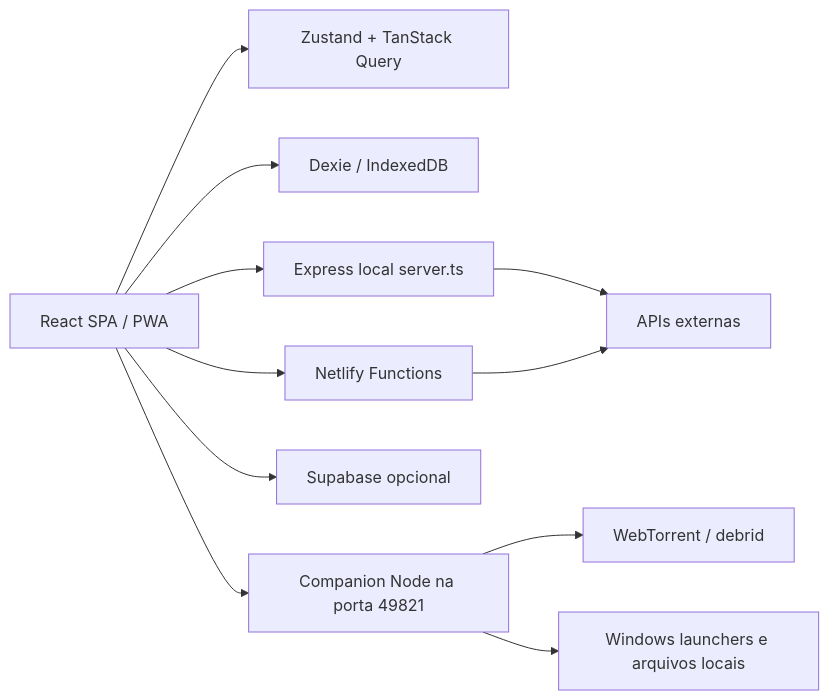
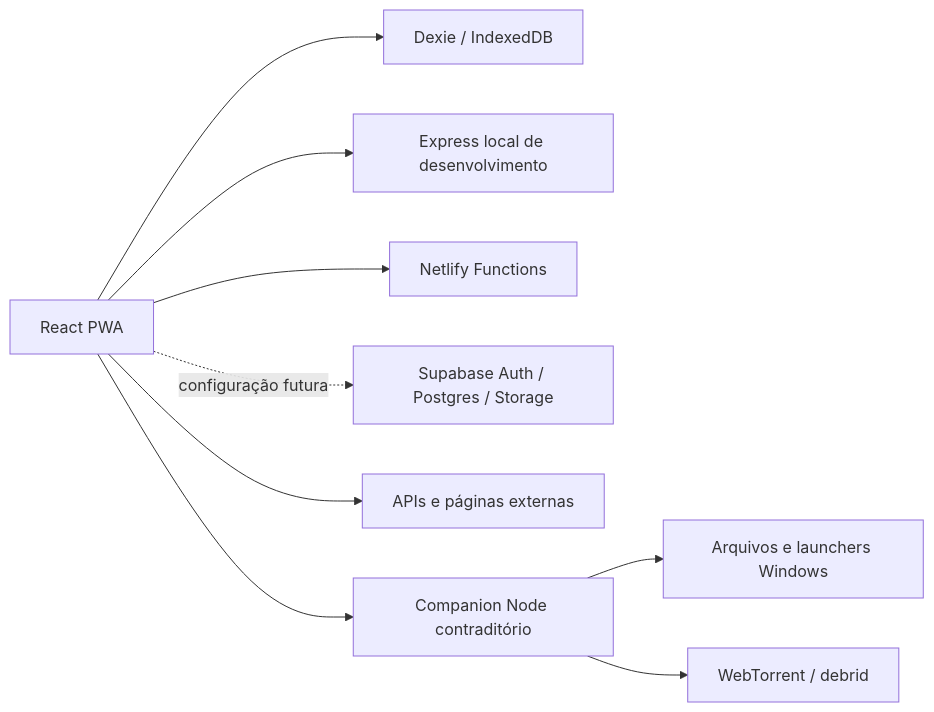
One commit to Mayconxzdev/Hubora changed the first of 2 diagrams in docs/audit/ARCHITECTURE_INITIAL.md. Above: the diagram before and after it, drawn with Mermaid. The commit also changed other lines of this file and 16 other files, not shown here.

````diff
--- a/docs/audit/ARCHITECTURE_INITIAL.md
+++ b/docs/audit/ARCHITECTURE_INITIAL.md
@@ -5,13 +5,11 @@
 ```mermaid
 flowchart LR
-  UI["React SPA / PWA"] --> Store["Zustand + TanStack Query"]
-  UI --> Local["Dexie / IndexedDB"]
-  UI --> Express["Express local server.ts"]
-  UI --> NF["Netlify Functions"]
-  UI --> Supabase["Supabase opcional"]
-  UI --> Companion["Companion Node na porta 49821"]
-  Express --> Providers["APIs externas"]
-  NF --> Providers
+  Browser["React PWA"] --> Local["Dexie / IndexedDB"]
+  Browser --> Express["Express local de desenvolvimento"]
+  Browser --> Functions["Netlify Functions"]
+  Browser -. "configuração futura" .-> Supabase["Supabase Auth / Postgres / Storage"]
+  Browser --> External["APIs e páginas externas"]
+  Browser --> Companion["Companion Node contraditório"]
+  Companion --> OS["Arquivos e launchers Windows"]
   Companion --> Torrent["WebTorrent / debrid"]
-  Companion --> OS["Windows launchers e arquivos locais"]
 ```
````
